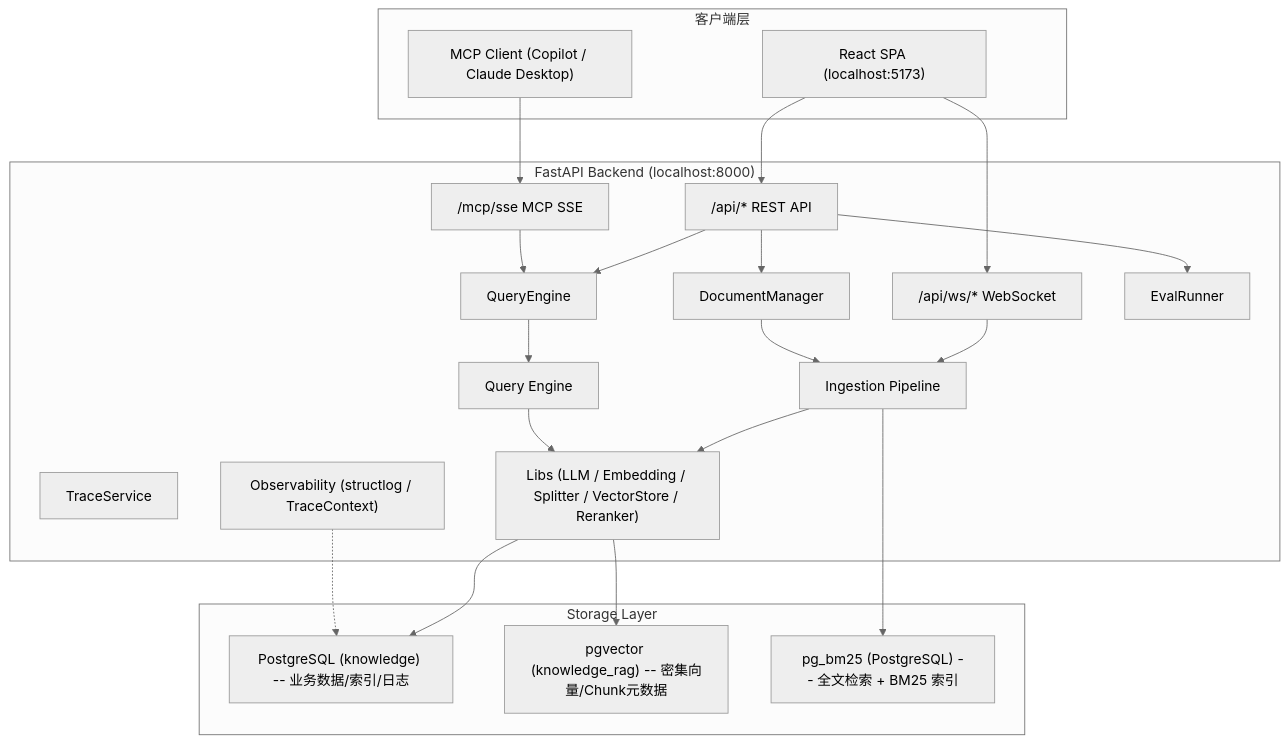
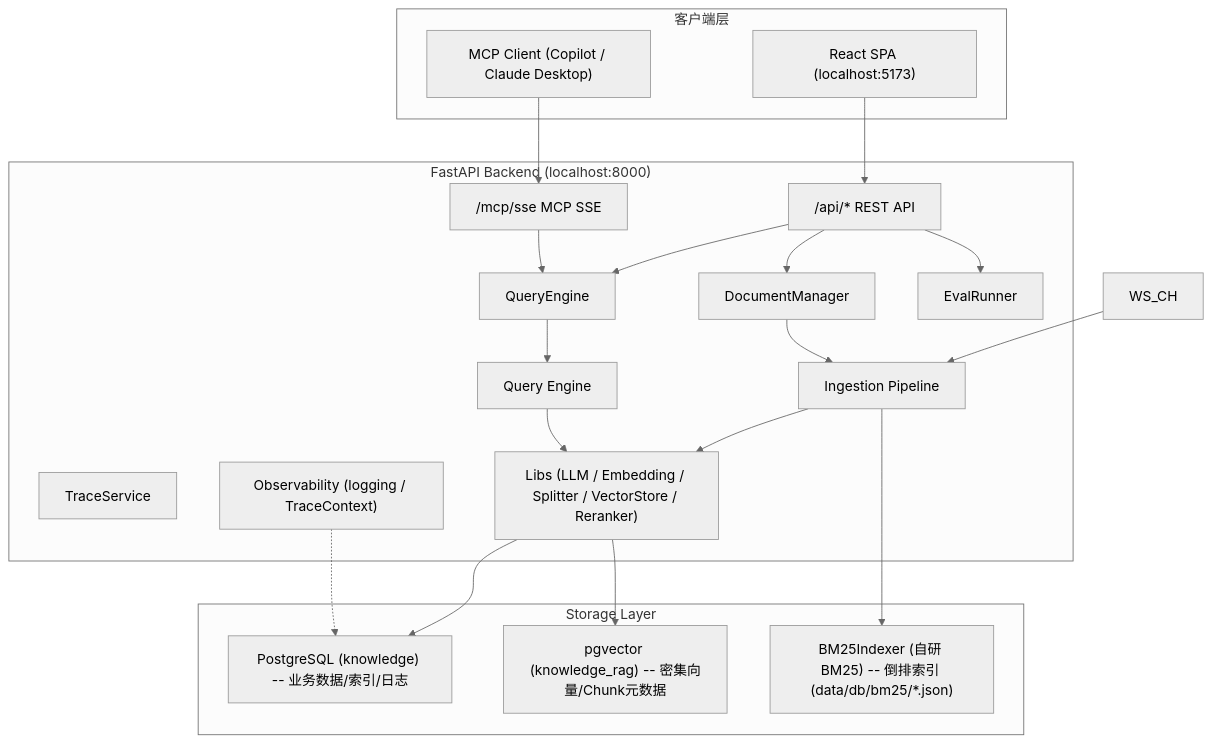
Before and after one commit to vic-ai-dev/knowledge-service: the ninth of 12 diagrams in DEV_SPEC.md, drawn with Mermaid (neutral theme). The commit also changed other lines of this file and 180 other files, not shown here.

````diff
--- a/DEV_SPEC.md
+++ b/DEV_SPEC.md
@@ -1091,44 +1002,44 @@
 ```mermaid
 graph TB
     subgraph Clients["客户端层"]
         REACT["React SPA (localhost:5173)"]
         MCPC["MCP Client (Copilot / Claude Desktop)"]
     end
 
     subgraph BE["FastAPI Backend (localhost:8000)"]
         API["/api/* REST API"]
         MCP_SSE["/mcp/sse MCP SSE"]
-        WS_CH["/api/ws/* WebSocket"]
+        
         DM["DocumentManager"]
         QE["QueryEngine"]
         ER["EvalRunner"]
         TS["TraceService"]
         ING["Ingestion Pipeline"]
         QRY["Query Engine"]
         LIBS["Libs (LLM / Embedding / Splitter / VectorStore / Reranker)"]
-        OBS["Observability (structlog / TraceContext)"]
+        OBS["Observability (logging / TraceContext)"]
     end
 
     subgraph Storage["Storage Layer"]
         PG["PostgreSQL (knowledge) -- 业务数据/索引/日志"]
         PGV["pgvector (knowledge_rag) -- 密集向量/Chunk元数据"]
-        BM25["pg_bm25 (PostgreSQL) -- 全文检索 + BM25 索引"]
+        BM25["BM25Indexer (自研 BM25) -- 倒排索引 (data/db/bm25/*.json)"]
     end
 
     REACT --> API
-    REACT --> WS_CH
+    
     MCPC --> MCP_SSE
     API --> DM
     API --> QE
     API --> ER
     MCP_SSE --> QE
     WS_CH --> ING
     DM --> ING
     QE --> QRY
     ING --> LIBS
     QRY --> LIBS
     LIBS --> PG
     LIBS --> PGV
     ING --> BM25
     OBS -.-> PG
 ```
````
